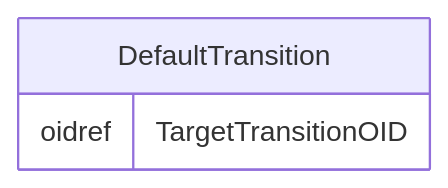
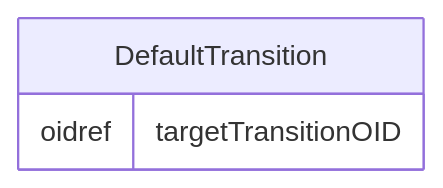
One commit to cdisc-org/DataExchange-ODM-LinkML changed the diagram in docs/DefaultTransition.md. Above: the diagram before and after it, drawn with Mermaid. The commit also changed other lines of this file and 759 other files, not shown here.

````diff
--- a/docs/DefaultTransition.md
+++ b/docs/DefaultTransition.md
@@ -11,9 +11,9 @@
 ```mermaid
 erDiagram
 DefaultTransition {
-    oidref TargetTransitionOID  
+    oidref targetTransitionOID  
 }
 
 
 
 ```
````
